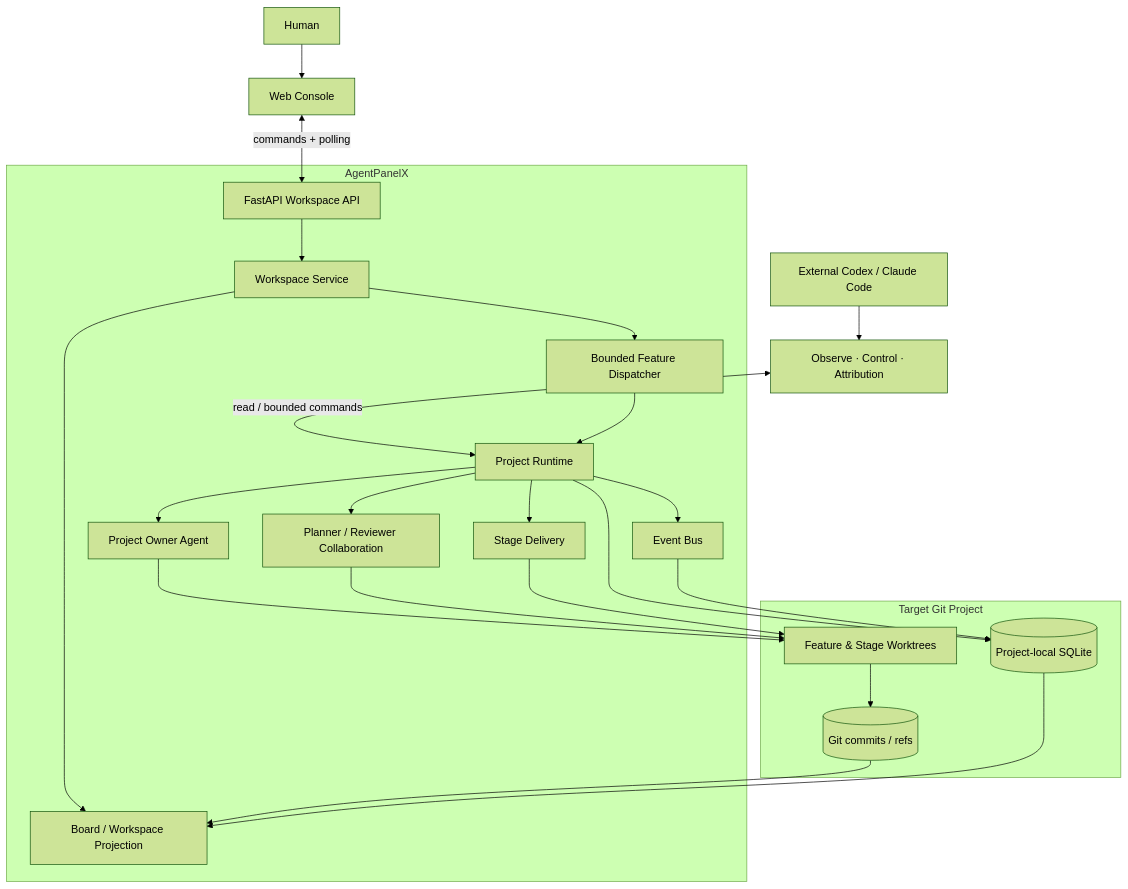
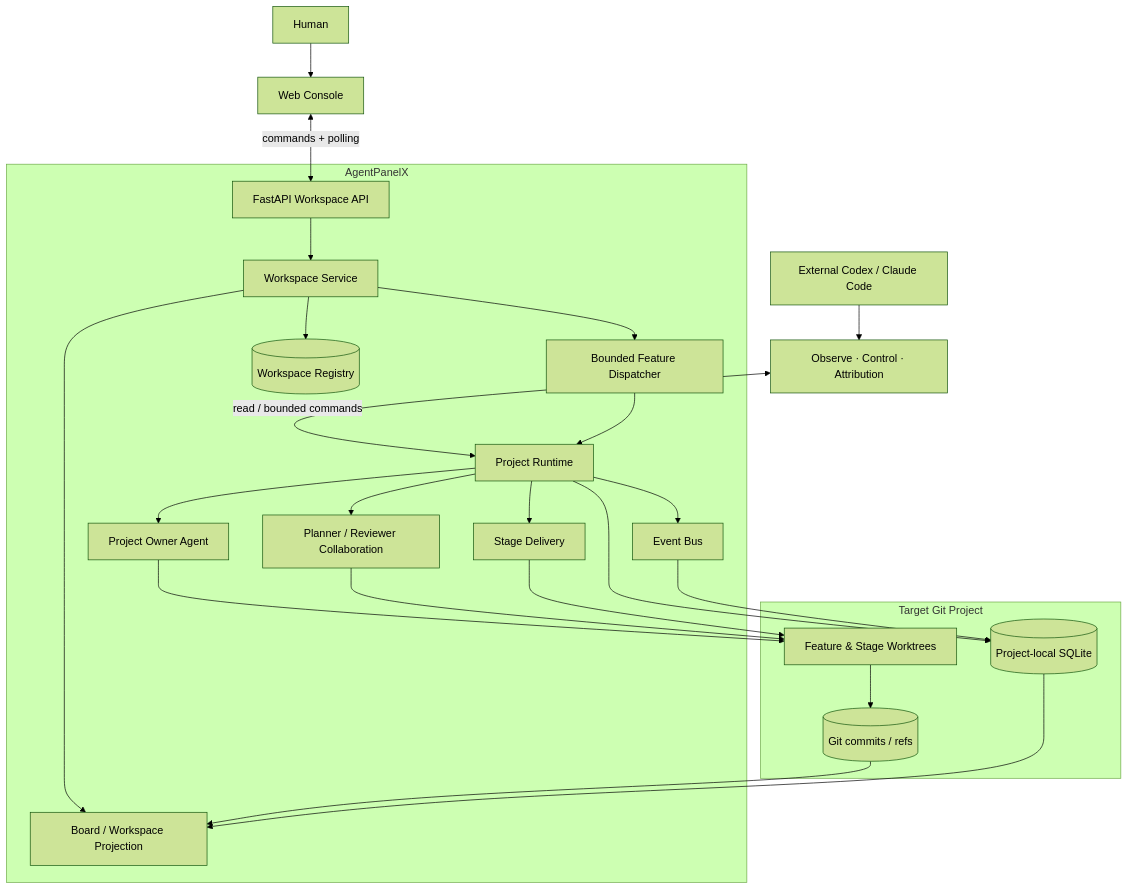
Before and after one commit to aowo-1345/AgentPanelX: the first of 10 diagrams in docs/architecture.md, drawn with Mermaid (forest theme). The commit also changed other lines of this file, not shown here.

Commit message:
docs: align architecture with workspace runtime

````diff
--- a/docs/architecture.md
+++ b/docs/architecture.md
@@ -16,46 +16,48 @@
 ```mermaid
 flowchart TB
     Human[Human]
     Browser[Web Console]
     External[External Codex / Claude Code]
     Skills[Observe · Control · Attribution]
 
     subgraph APX[AgentPanelX]
         API[FastAPI Workspace API]
         Workspace[Workspace Service]
         Dispatcher[Bounded Feature Dispatcher]
         Runtime[Project Runtime]
         Owner[Project Owner Agent]
         Collaboration[Planner / Reviewer Collaboration]
         Delivery[Stage Delivery]
         Projection[Board / Workspace Projection]
         Bus[Event Bus]
+        Registry[(Workspace Registry)]
     end
 
     subgraph Project[Target Git Project]
         Worktrees[Feature & Stage Worktrees]
         Git[(Git commits / refs)]
         SQLite[(Project-local SQLite)]
     end
 
     Human --> Browser
     Browser <-->|commands + polling| API
     External --> Skills
     Skills <-->|read / bounded commands| Runtime
     API --> Workspace
+    Workspace --> Registry
     Workspace --> Dispatcher
     Workspace --> Projection
     Dispatcher --> Runtime
     Runtime --> Owner
     Runtime --> Collaboration
     Runtime --> Delivery
     Owner --> Worktrees
     Collaboration --> Worktrees
     Delivery --> Worktrees
     Worktrees --> Git
     Runtime --> SQLite
     Runtime --> Bus
     Bus --> SQLite
     Git --> Projection
     SQLite --> Projection
 ```
````
